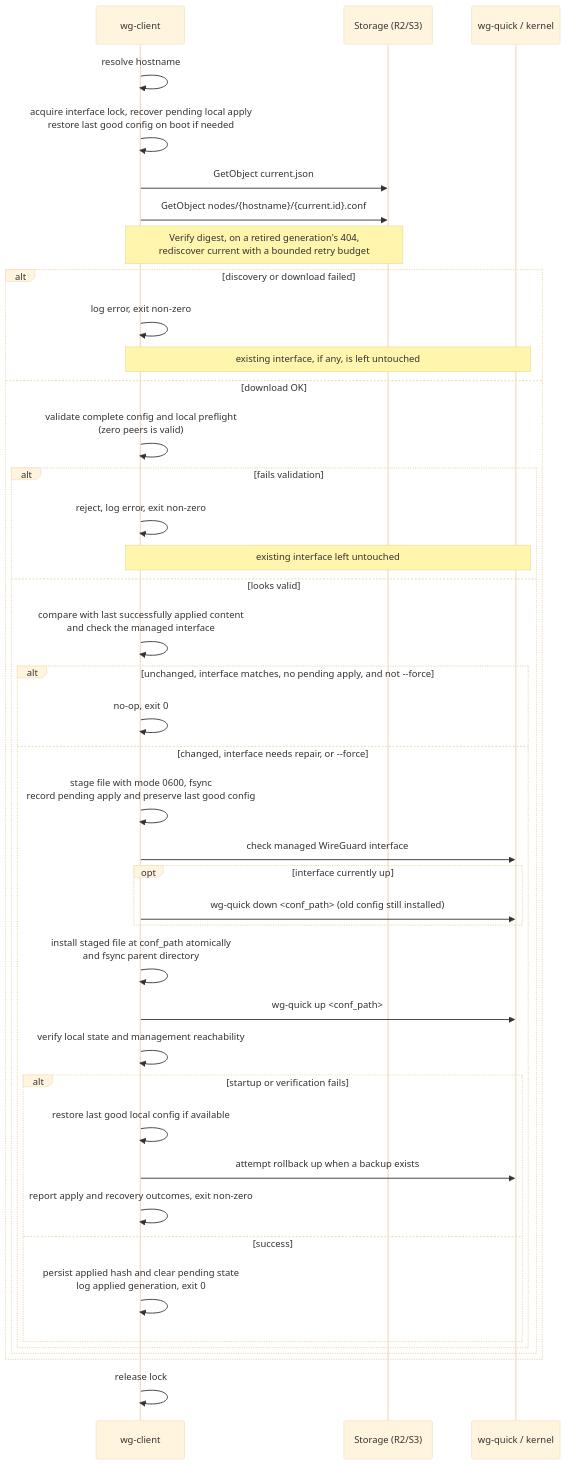
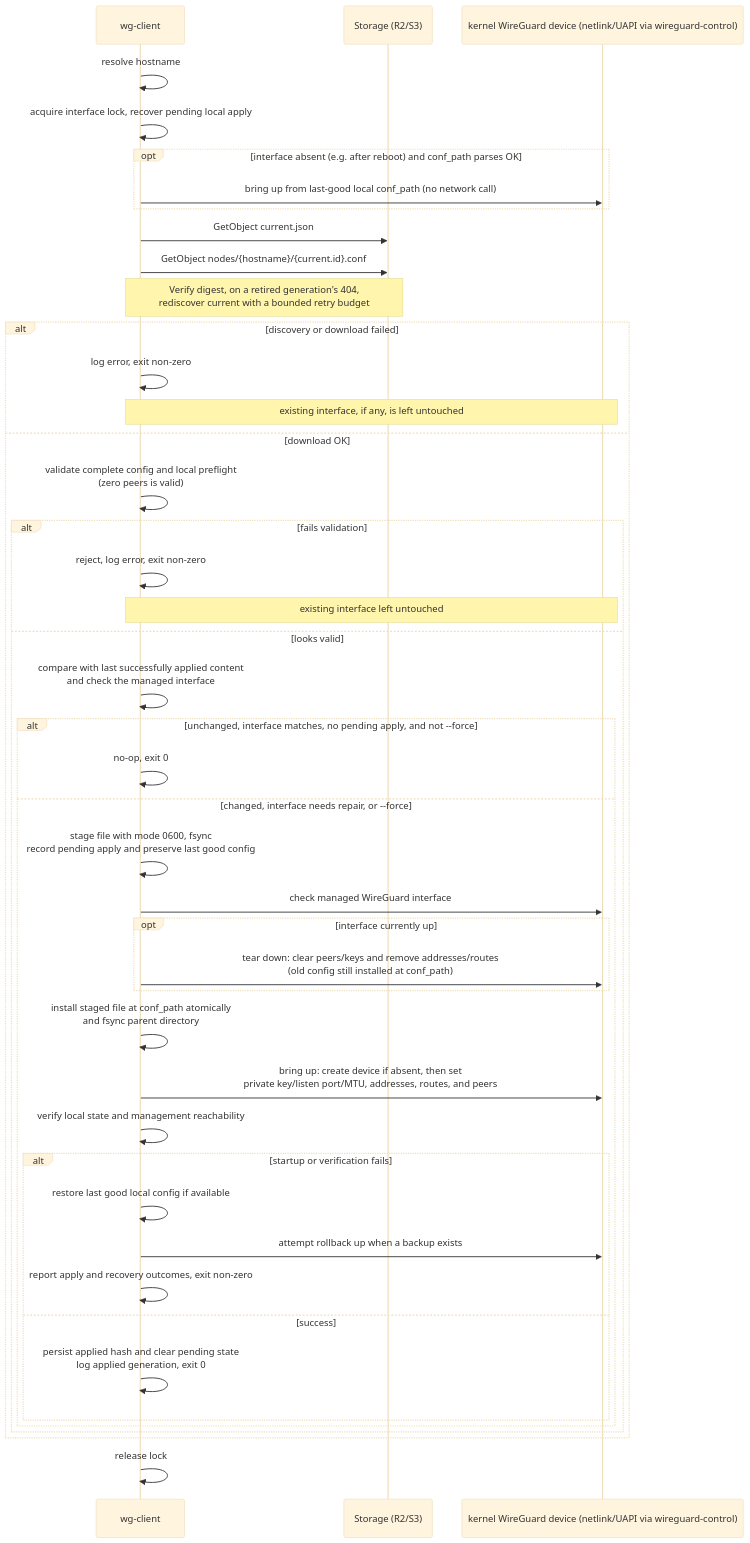
Before and after one commit to pbtrung/wg-vpn: the diagram in docs/wg-client.md, drawn with Mermaid (base theme). The commit also changed other lines of this file and 7 other files, not shown here.

````diff
--- a/docs/wg-client.md
+++ b/docs/wg-client.md
@@ -236,44 +283,47 @@
 ```mermaid
 sequenceDiagram
     participant C as wg-client
     participant S as Storage (R2/S3)
-    participant W as wg-quick / kernel
+    participant W as kernel WireGuard device (netlink/UAPI via wireguard-control)
 
     C->>C: resolve hostname
-    C->>C: acquire interface lock, recover pending local apply<br/>restore last good config on boot if needed
+    C->>C: acquire interface lock, recover pending local apply
+    opt interface absent (e.g. after reboot) and conf_path parses OK
+        C->>W: bring up from last-good local conf_path (no network call)
+    end
     C->>S: GetObject current.json
     C->>S: GetObject nodes/{hostname}/{current.id}.conf
     Note over C,S: Verify digest, on a retired generation's 404,<br/>rediscover current with a bounded retry budget
     alt discovery or download failed
         C->>C: log error, exit non-zero
         Note over C,W: existing interface, if any, is left untouched
     else download OK
         C->>C: validate complete config and local preflight<br/>(zero peers is valid)
         alt fails validation
             C->>C: reject, log error, exit non-zero
             Note over C,W: existing interface left untouched
         else looks valid
             C->>C: compare with last successfully applied content<br/>and check the managed interface
             alt unchanged, interface matches, no pending apply, and not --force
                 C->>C: no-op, exit 0
             else changed, interface needs repair, or --force
                 C->>C: stage file with mode 0600, fsync<br/>record pending apply and preserve last good config
                 C->>W: check managed WireGuard interface
                 opt interface currently up
-                    C->>W: wg-quick down <conf_path> (old config still installed)
+                    C->>W: tear down: clear peers/keys and remove addresses/routes<br/>(old config still installed at conf_path)
                 end
                 C->>C: install staged file at conf_path atomically<br/>and fsync parent directory
-                C->>W: wg-quick up <conf_path>
+                C->>W: bring up: create device if absent, then set<br/>private key/listen port/MTU, addresses, routes, and peers
                 C->>C: verify local state and management reachability
                 alt startup or verification fails
                     C->>C: restore last good local config if available
                     C->>W: attempt rollback up when a backup exists
                     C->>C: report apply and recovery outcomes, exit non-zero
                 else success
                     C->>C: persist applied hash and clear pending state<br/>log applied generation, exit 0
                 end
             end
         end
     end
     C->>C: release lock
 ```
````
